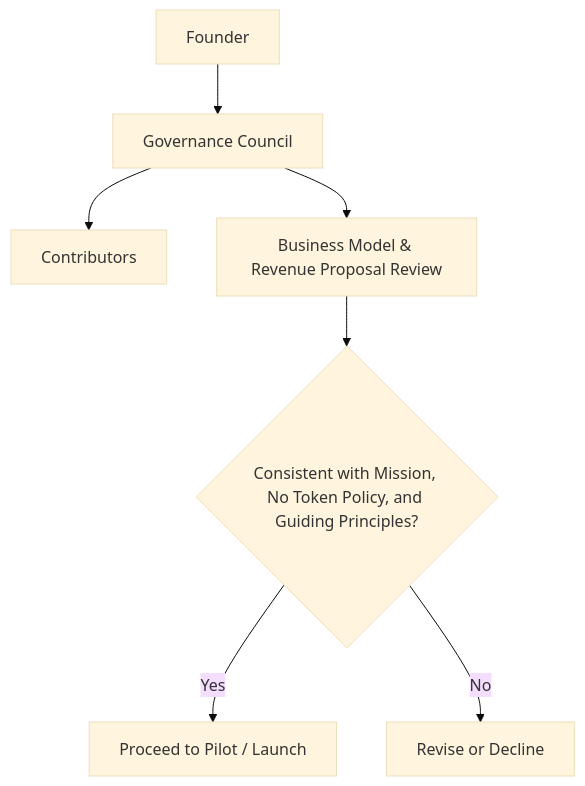
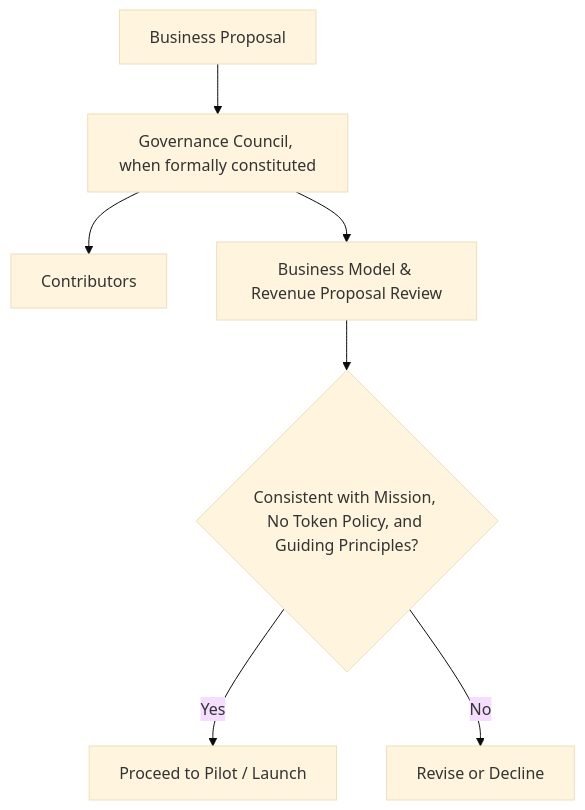
Before and after one commit to Celo-HaiTi/CeloHT: the seventh of 7 diagrams in BUSINESS.md, drawn with Mermaid (base theme). The commit also changed 13 other files, not shown here.

Commit message:
docs: synchronize founder and community governance

````diff
--- a/BUSINESS.md
+++ b/BUSINESS.md
@@ -598,9 +598,9 @@
 ```mermaid
 flowchart TD
-    FD[Founder] --> MC[Governance Council]
+    BP[Business Proposal] --> MC[Governance Council, when formally constituted]
     MC --> CC[Contributors]
     MC --> BizReview[Business Model & Revenue Proposal Review]
     BizReview --> MissionCheck{Consistent with Mission, No Token Policy, and Guiding Principles?}
     MissionCheck -- Yes --> Approved[Proceed to Pilot / Launch]
     MissionCheck -- No --> Rejected[Revise or Decline]
 ```
````
